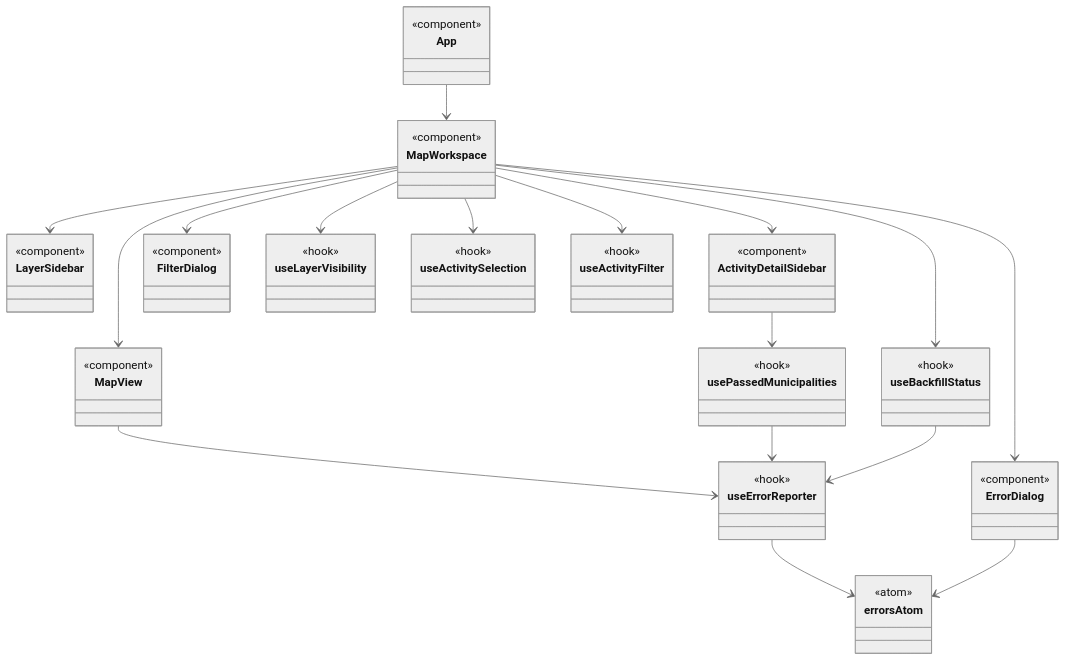
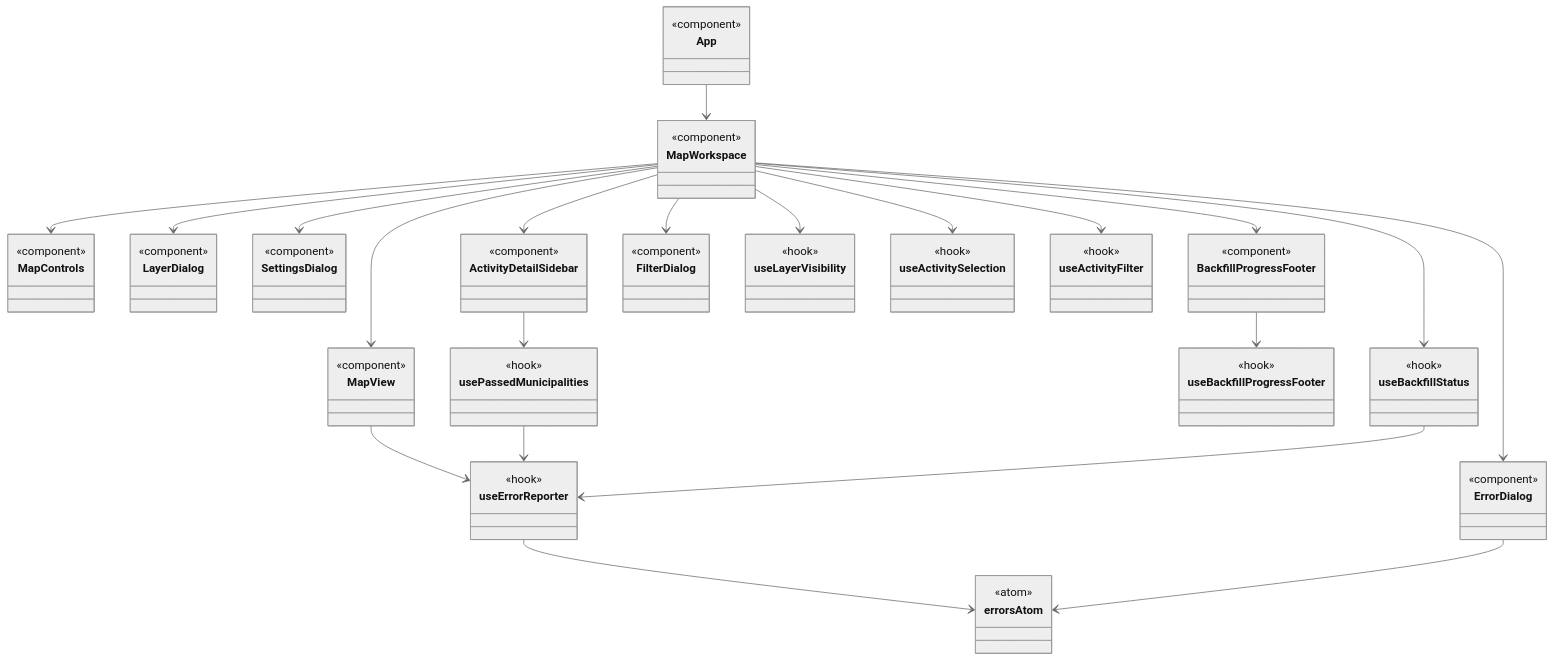
Before and after one commit to hyoiutu/geoInfo_viewer: the third of 3 diagrams in designs/class_diagram.md, drawn with Mermaid (neutral theme). The commit also changed other lines of this file and 28 other files, not shown here.

````diff
--- a/designs/class_diagram.md
+++ b/designs/class_diagram.md
@@ -107,62 +107,78 @@
 ```mermaid
 classDiagram
     class App {
         <<component>>
     }
     class MapWorkspace {
         <<component>>
     }
-    class LayerSidebar {
+    class MapControls {
+        <<component>>
+    }
+    class LayerDialog {
+        <<component>>
+    }
+    class SettingsDialog {
+        <<component>>
+    }
+    class BackfillProgressFooter {
         <<component>>
     }
     class MapView {
         <<component>>
     }
     class ActivityDetailSidebar {
         <<component>>
     }
     class FilterDialog {
         <<component>>
     }
     class ErrorDialog {
         <<component>>
     }
     class useLayerVisibility {
         <<hook>>
     }
     class useBackfillStatus {
         <<hook>>
     }
+    class useBackfillProgressFooter {
+        <<hook>>
+    }
     class useActivitySelection {
         <<hook>>
     }
     class useActivityFilter {
         <<hook>>
     }
     class usePassedMunicipalities {
         <<hook>>
     }
     class useErrorReporter {
         <<hook>>
     }
     class errorsAtom {
         <<atom>>
     }
 
     App --> MapWorkspace
-    MapWorkspace --> LayerSidebar
+    MapWorkspace --> MapControls
+    MapWorkspace --> LayerDialog
+    MapWorkspace --> SettingsDialog
+    MapWorkspace --> BackfillProgressFooter
     MapWorkspace --> MapView
     MapWorkspace --> ActivityDetailSidebar
     MapWorkspace --> FilterDialog
     MapWorkspace --> ErrorDialog
     MapWorkspace --> useLayerVisibility
     MapWorkspace --> useBackfillStatus
     MapWorkspace --> useActivitySelection
     MapWorkspace --> useActivityFilter
+    BackfillProgressFooter --> useBackfillProgressFooter
     MapView --> useErrorReporter
     ActivityDetailSidebar --> usePassedMunicipalities
     usePassedMunicipalities --> useErrorReporter
     useBackfillStatus --> useErrorReporter
     useErrorReporter --> errorsAtom
     ErrorDialog --> errorsAtom
 ```
````
